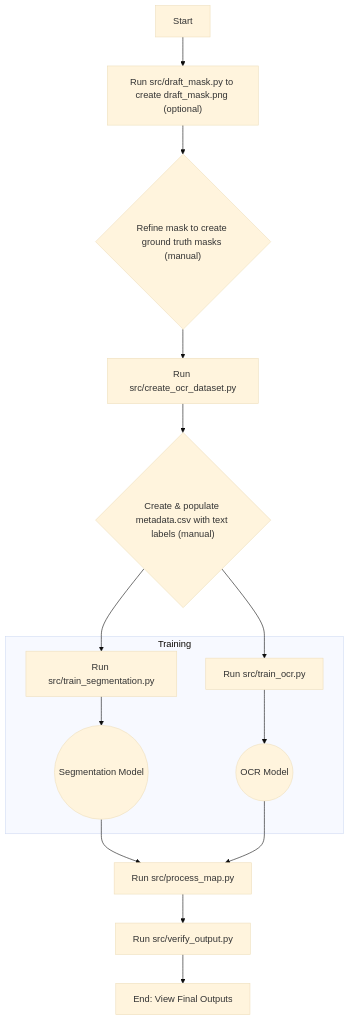
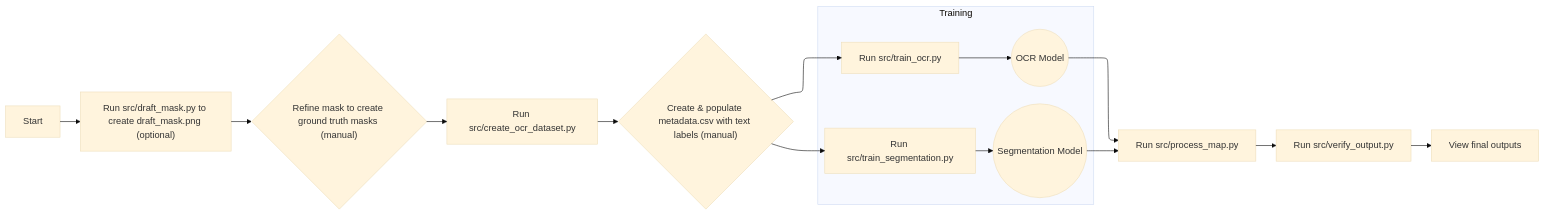
One commit to owhonda-moses/map-digitization changed the diagram in README.md. Above: the diagram before and after it, drawn with Mermaid (base theme).

````diff
--- a/README.md
+++ b/README.md
@@ -40,16 +40,17 @@
 ```mermaid
-flowchart TD
+%%{init: {"flowchart": {"defaultRenderer": "elk"}} }%%
+flowchart LR
     A["Start"] --> B["Run src/draft_mask.py to create draft_mask.png (optional)"]
     B --> C{"Refine mask to create ground truth masks (manual)"}
     C --> D["Run src/create_ocr_dataset.py"]
     D --> E{"Create & populate metadata.csv with text labels (manual)"}
     E --> F["Run src/train_segmentation.py"]
     E --> G["Run src/train_ocr.py"]
     subgraph Training
         F --> H((Segmentation Model))
         G --> I((OCR Model))
     end
     H & I --> J["Run src/process_map.py"]
     J --> K["Run src/verify_output.py"]
-    K --> L["End: View Final Outputs"]
+    K --> L["View final outputs"]
 ```
````
